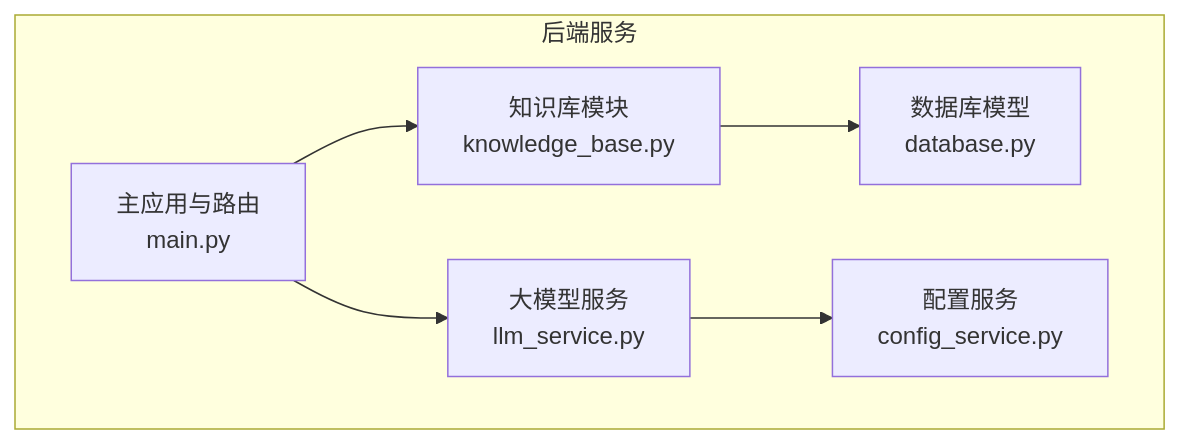
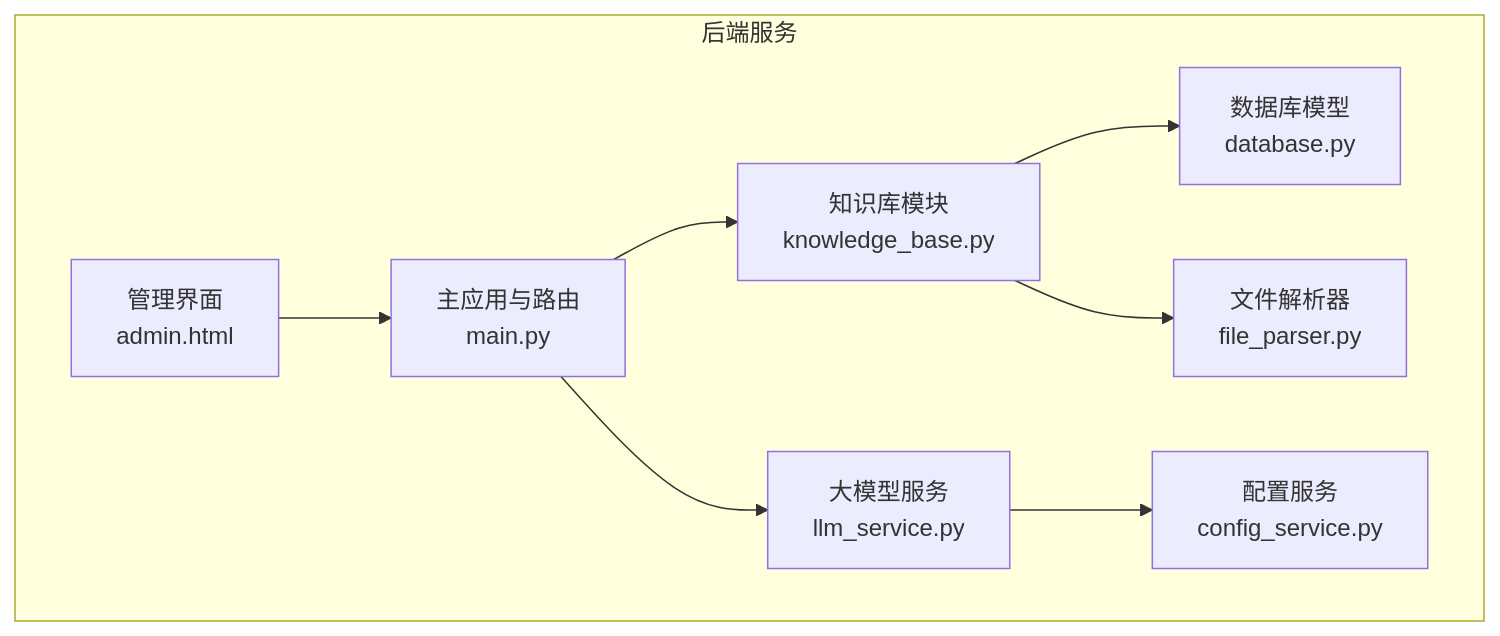
One commit to 2950730liao-hub/whatsapp-reply changed the first of 12 diagrams in .qoder/repowiki/zh/content/核心模块/知识库模块.md. Above: the diagram before and after it, drawn with Mermaid. The commit also changed other lines of this file and 10 other files, not shown here.

````diff
--- a/.qoder/repowiki/zh/content/核心模块/知识库模块.md
+++ b/.qoder/repowiki/zh/content/核心模块/知识库模块.md
@@ -37,14 +45,18 @@
 ```mermaid
 graph TB
 subgraph "后端服务"
 KB["知识库模块<br/>knowledge_base.py"]
 API["主应用与路由<br/>main.py"]
 LLM["大模型服务<br/>llm_service.py"]
+FP["文件解析器<br/>file_parser.py"]
 DB["数据库模型<br/>database.py"]
 CFG["配置服务<br/>config_service.py"]
+ADMIN["管理界面<br/>admin.html"]
 end
 API --> KB
 API --> LLM
 KB --> DB
+KB --> FP
 LLM --> CFG
+ADMIN --> API
 ```
````
